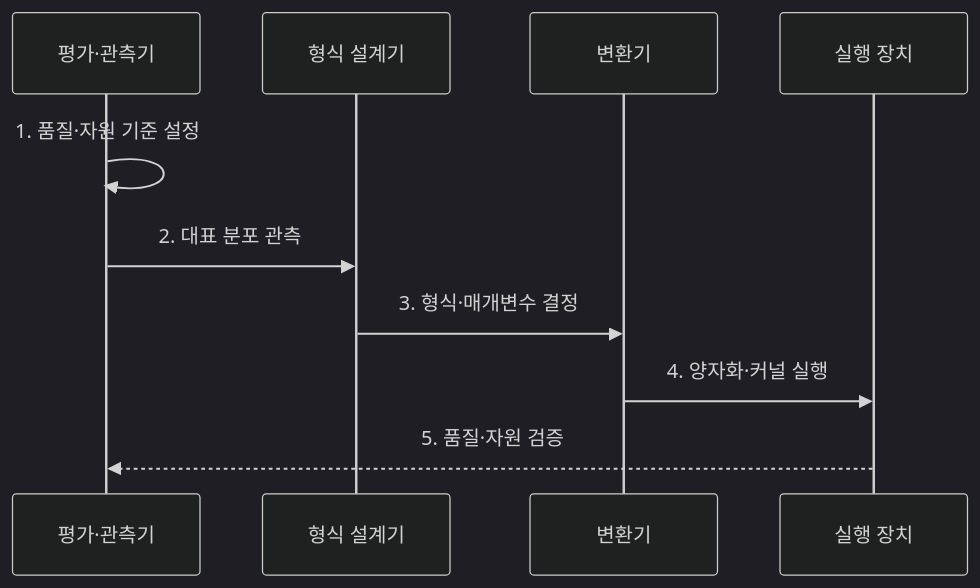
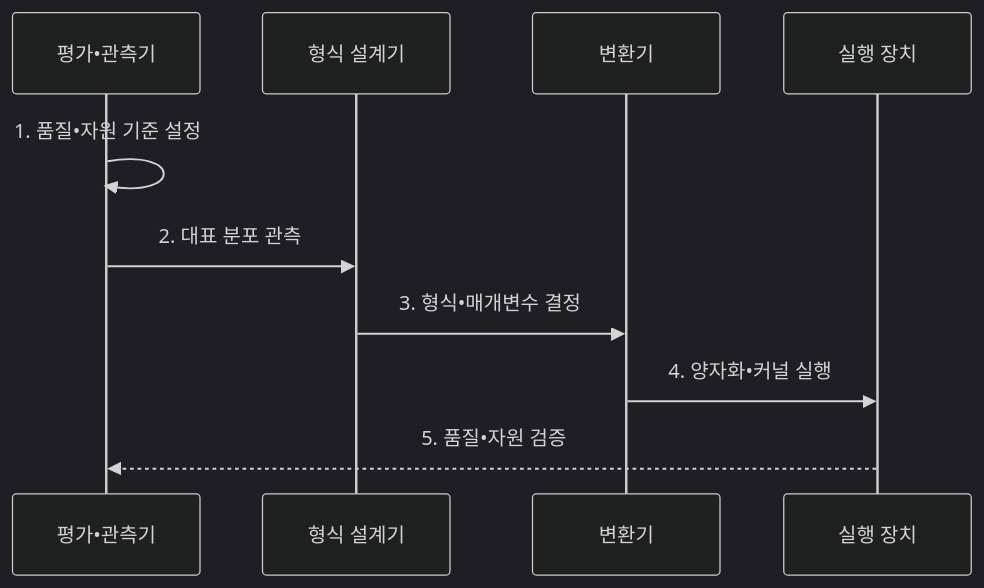
Before and after one commit to agnusdei1207/knowledge-base: the second of 2 diagrams in src/content/docs/notes/08-latest-tech/056_quantization.md, drawn with Mermaid (dark theme). The commit also changed other lines of this file and 953 other files, not shown here.

````diff
--- a/src/content/docs/notes/08-latest-tech/056_quantization.md
+++ b/src/content/docs/notes/08-latest-tech/056_quantization.md
@@ -107,12 +107,12 @@
 ```mermaid
 sequenceDiagram
-  participant E as 평가·관측기
+  participant E as 평가•관측기
   participant P as 형식 설계기
   participant Q as 변환기
   participant H as 실행 장치
-  E->>E: 1. 품질·자원 기준 설정
+  E->>E: 1. 품질•자원 기준 설정
   E->>P: 2. 대표 분포 관측
-  P->>Q: 3. 형식·매개변수 결정
-  Q->>H: 4. 양자화·커널 실행
-  H-->>E: 5. 품질·자원 검증
+  P->>Q: 3. 형식•매개변수 결정
+  Q->>H: 4. 양자화•커널 실행
+  H-->>E: 5. 품질•자원 검증
 ```
````
